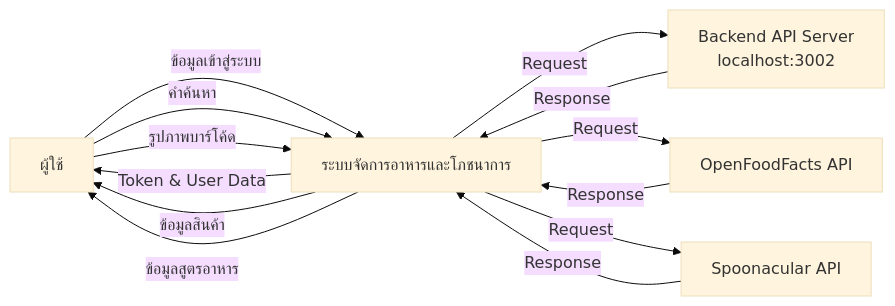
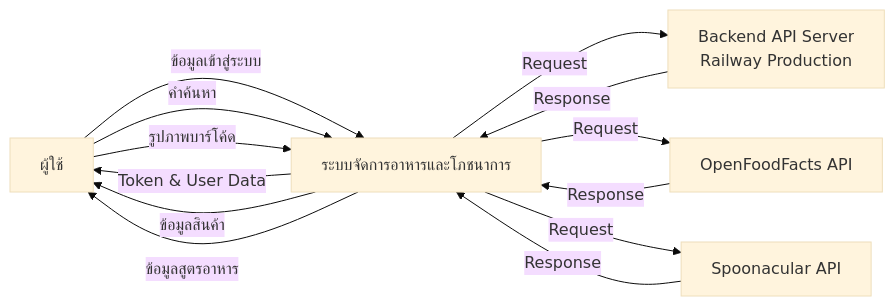
One commit to thxlp/63-font changed the second of 20 diagrams in SRS_Diagrams.md. Above: the diagram before and after it, drawn with Mermaid (base theme). The commit also changed other lines of this file and 16 other files, not shown here.

Commit message:
Update: เปลยน API endpoint เปน Railway Production (https://63-back-production.up.railway.app) และเพม config.js สำหรบจดการ API endpoints

````diff
--- a/SRS_Diagrams.md
+++ b/SRS_Diagrams.md
@@ -40,25 +40,25 @@
 ```mermaid
 graph LR
     User[ผู้ใช้]
     System[ระบบจัดการอาหารและโภชนาการ]
-    Backend[Backend API Server<br/>localhost:3002]
+    Backend[Backend API Server<br/>Railway Production]
     OpenFood[OpenFoodFacts API]
     Spoonacular[Spoonacular API]
     
     User -->|ข้อมูลเข้าสู่ระบบ| System
     User -->|คำค้นหา| System
     User -->|รูปภาพบาร์โค้ด| System
     
     System -->|Token & User Data| User
     System -->|ข้อมูลสินค้า| User
     System -->|ข้อมูลสูตรอาหาร| User
     
     System -->|Request| Backend
     Backend -->|Response| System
     
     System -->|Request| OpenFood
     OpenFood -->|Response| System
     
     System -->|Request| Spoonacular
     Spoonacular -->|Response| System
 ```
````
